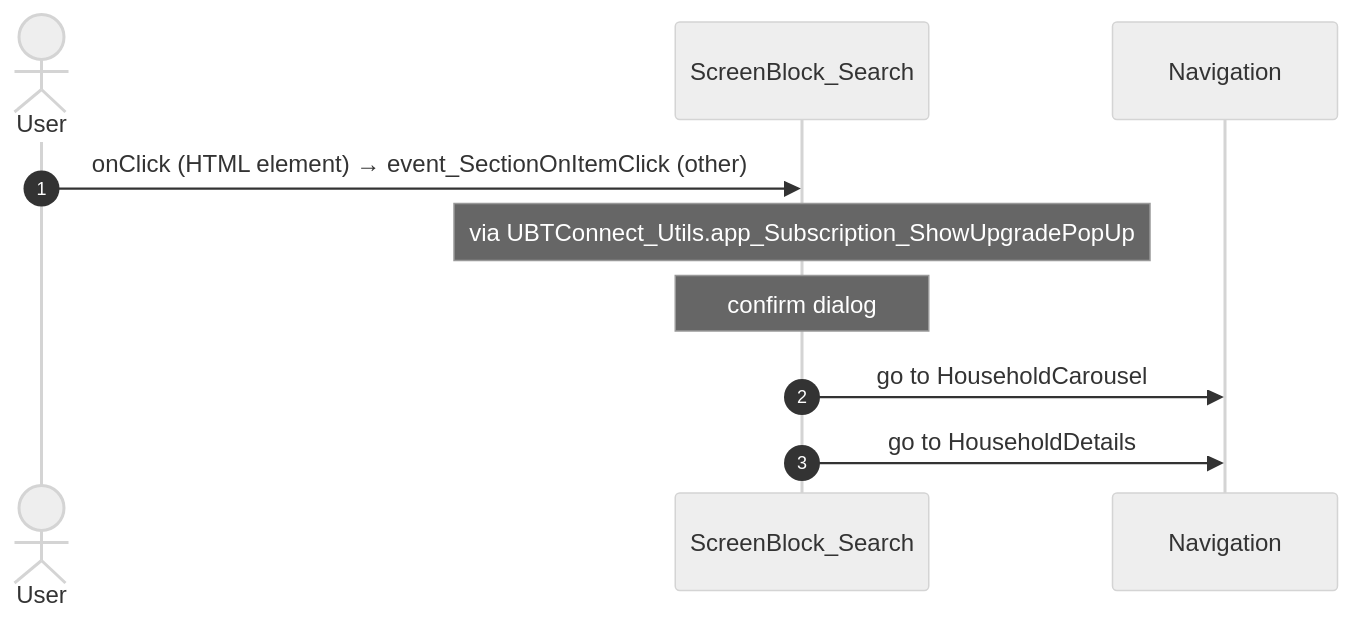
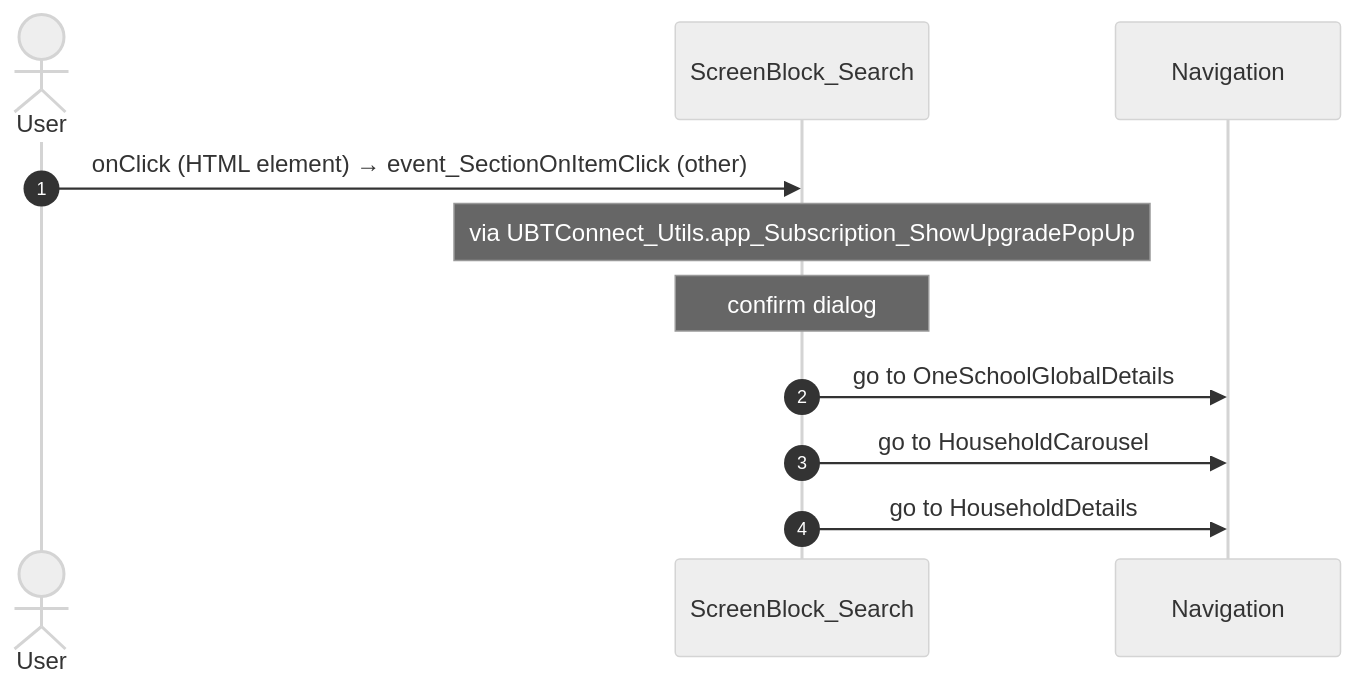
The third of 12 diagrams in route-actions/routes/Search.md (Phoenix-DX/connect-new-ui), drawn with Mermaid (neutral theme) before and after one commit. The commit also changed other lines of this file and 30 other files, not shown here.

````diff
--- a/route-actions/routes/Search.md
+++ b/route-actions/routes/Search.md
@@ -113,12 +119,13 @@
 ```mermaid
 sequenceDiagram
   autonumber
   actor U as User
   participant B as ScreenBlock_Search
   participant N as Navigation
   U->>B: onClick (HTML element) → event_SectionOnItemClick (other)
   Note over B: via UBTConnect_Utils.app_Subscription_ShowUpgradePopUp
   Note over B: confirm dialog
+  B->>N: go to OneSchoolGlobalDetails
   B->>N: go to HouseholdCarousel
   B->>N: go to HouseholdDetails
 ```
````
